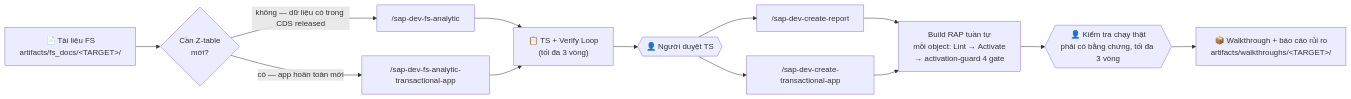
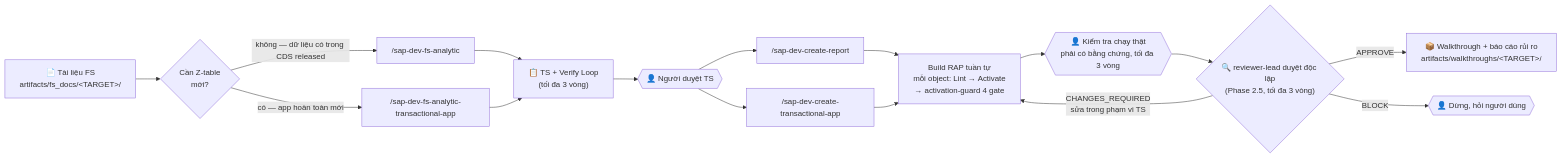
One commit to kienannh0403/sap_cloud_ai_workspace changed the second of 2 diagrams in README.md. Above: the diagram before and after it, drawn with Mermaid. The commit also changed other lines of this file, not shown here.

First line of the commit message:
docs: README reflects reviewer-lead and Phase 2.5 final review

````diff
--- a/README.md
+++ b/README.md
@@ -57,15 +57,18 @@
 ```mermaid
 flowchart LR
     FS["📄 Tài liệu FS<br/>artifacts/fs_docs/&lt;TARGET&gt;/"] --> A{"Cần Z-table<br/>mới?"}
     A -->|"không — dữ liệu có trong CDS released"| FA["/sap-dev-fs-analytic"]
     A -->|"có — app hoàn toàn mới"| FAT["/sap-dev-fs-analytic-transactional-app"]
     FA --> TS["📋 TS + Verify Loop<br/>(tối đa 3 vòng)"]
     FAT --> TS
     TS --> G1{{"👤 Người duyệt TS"}}
     G1 --> CR["/sap-dev-create-report"]
     G1 --> CTA["/sap-dev-create-transactional-app"]
     CR --> BUILD["Build RAP tuần tự<br/>mỗi object: Lint → Activate<br/>→ activation-guard 4 gate"]
     CTA --> BUILD
     BUILD --> G2{{"👤 Kiểm tra chạy thật<br/>phải có bằng chứng, tối đa 3 vòng"}}
-    G2 --> WT["📦 Walkthrough + báo cáo rủi ro<br/>artifacts/walkthroughs/&lt;TARGET&gt;/"]
+    G2 --> RV{"🔍 reviewer-lead duyệt độc lập<br/>(Phase 2.5, tối đa 3 vòng)"}
+    RV -->|"APPROVE"| WT["📦 Walkthrough + báo cáo rủi ro<br/>artifacts/walkthroughs/&lt;TARGET&gt;/"]
+    RV -->|"CHANGES_REQUIRED<br/>sửa trong phạm vi TS"| BUILD
+    RV -->|"BLOCK"| STOP{{"👤 Dừng, hỏi người dùng"}}
 ```
````
